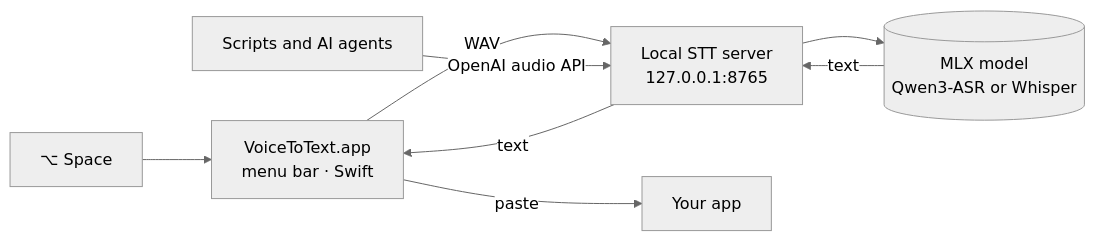
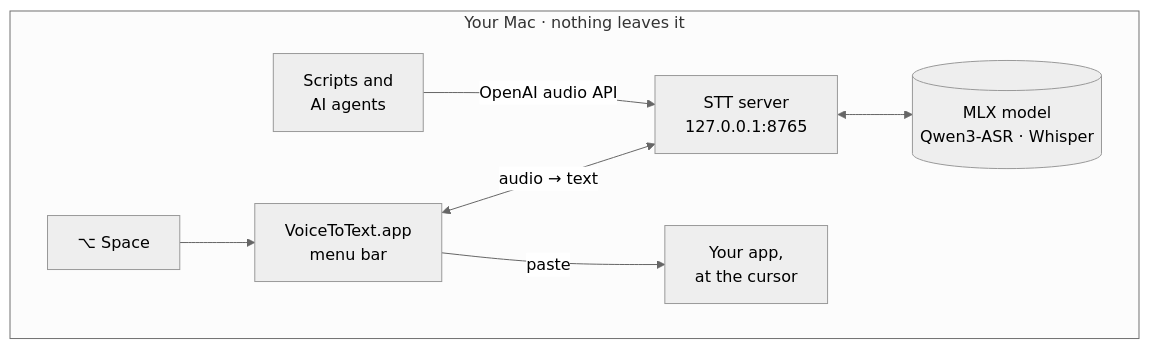
Before and after one commit to FUYOH666/VoiceToText: the diagram in README.md, drawn with Mermaid (neutral theme).

Commit message:
docs: clearer architecture diagram

````diff
--- a/README.md
+++ b/README.md
@@ -121,10 +121,11 @@
 ```mermaid
 flowchart LR
-    K["⌥ Space"] --> A["VoiceToText.app<br/>menu bar · Swift"]
-    A -- "WAV" --> S["Local STT server<br/>127.0.0.1:8765"]
-    S --> M[("MLX model<br/>Qwen3-ASR or Whisper")]
-    M -- "text" --> S
-    S -- "text" --> A
-    A -- "paste" --> T["Your app"]
-    G["Scripts and AI agents"] -- "OpenAI audio API" --> S
+    subgraph mac["Your Mac · nothing leaves it"]
+        direction LR
+        K["⌥ Space"] --> A["VoiceToText.app<br/>menu bar"]
+        A <-->|"audio → text"| S["STT server<br/>127.0.0.1:8765"]
+        S <--> M[("MLX model<br/>Qwen3-ASR · Whisper")]
+        A -->|"paste"| P["Your app,<br/>at the cursor"]
+        G["Scripts and<br/>AI agents"] -->|"OpenAI audio API"| S
+    end
 ```
````
